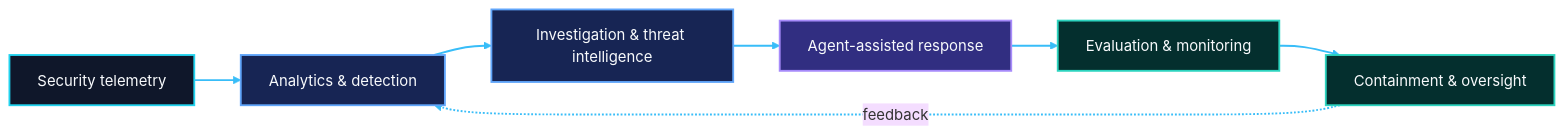
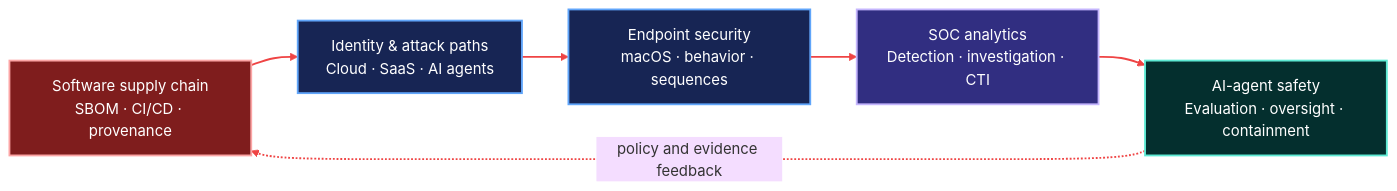
The diagram in README.md (VinayK88/VinayK88), drawn with Mermaid (base theme) before and after one commit. The commit also changed other lines of this file, not shown here.

````diff
--- a/README.md
+++ b/README.md
@@ -26,19 +27,18 @@
 ```mermaid
 flowchart LR
-    T["Security telemetry"] --> A["Analytics & detection"]
-    A --> I["Investigation & threat intelligence"]
-    I --> G["Agent-assisted response"]
-    G --> E["Evaluation & monitoring"]
-    E --> C["Containment & oversight"]
-    C -. "feedback" .-> A
+    SC["Software supply chain<br/>SBOM · CI/CD · provenance"] --> ID["Identity & attack paths<br/>Cloud · SaaS · AI agents"]
+    ID --> EP["Endpoint security<br/>macOS · behavior · sequences"]
+    EP --> SOC["SOC analytics<br/>Detection · investigation · CTI"]
+    SOC --> AS["AI-agent safety<br/>Evaluation · oversight · containment"]
+    AS -. "policy and evidence feedback" .-> SC
 
-    classDef signal fill:#0f172a,stroke:#22d3ee,color:#f8fafc,stroke-width:2px
-    classDef analysis fill:#172554,stroke:#60a5fa,color:#f8fafc,stroke-width:2px
-    classDef action fill:#312e81,stroke:#a78bfa,color:#f8fafc,stroke-width:2px
-    classDef safety fill:#042f2e,stroke:#2dd4bf,color:#f8fafc,stroke-width:2px
-    class T signal
-    class A,I analysis
-    class G action
-    class E,C safety
-    linkStyle default stroke:#38bdf8,stroke-width:2px
+    classDef trust fill:#7f1d1d,stroke:#fca5a5,color:#fff,stroke-width:2px
+    classDef detect fill:#172554,stroke:#60a5fa,color:#fff,stroke-width:2px
+    classDef respond fill:#312e81,stroke:#c4b5fd,color:#fff,stroke-width:2px
+    classDef safety fill:#042f2e,stroke:#5eead4,color:#fff,stroke-width:2px
+    class SC trust
+    class ID,EP detect
+    class SOC respond
+    class AS safety
+    linkStyle default stroke:#ef4444,stroke-width:2px
 ```
````
